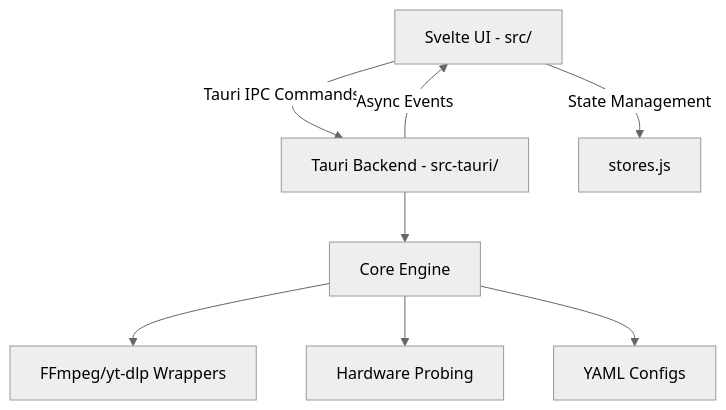
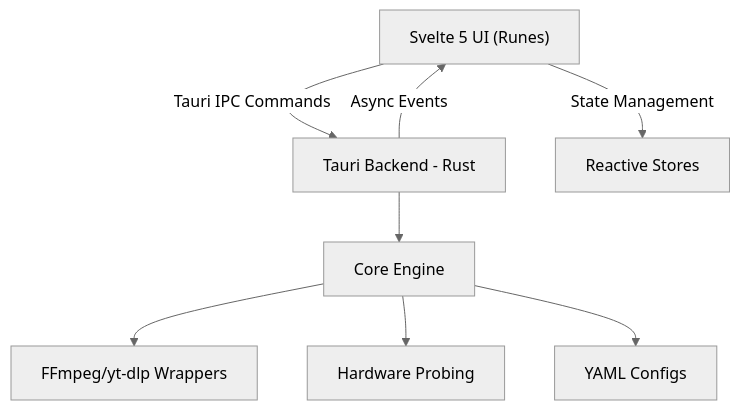
One commit to danloi2/video2mp3 changed the diagram in README.md. Above: the diagram before and after it, drawn with Mermaid (neutral theme). The commit also changed other lines of this file, not shown here.

Commit message:
docs: update project README to reflect Svelte 5, Vite 8 migration, and new feature highlights

````diff
--- a/README.md
+++ b/README.md
@@ -48,10 +50,10 @@
 ```mermaid
 graph TD
-    A[Svelte UI - src/] -->|Tauri IPC Commands| B[Tauri Backend - src-tauri/]
-    A -->|State Management| C[stores.js]
+    A["Svelte 5 UI (Runes)"] -->|Tauri IPC Commands| B[Tauri Backend - Rust]
+    A -->|State Management| C[Reactive Stores]
     B -->|Async Events| A
     B --> D[Core Engine]
     D --> E[FFmpeg/yt-dlp Wrappers]
     D --> F[Hardware Probing]
     D --> G[YAML Configs]
 ```
````
